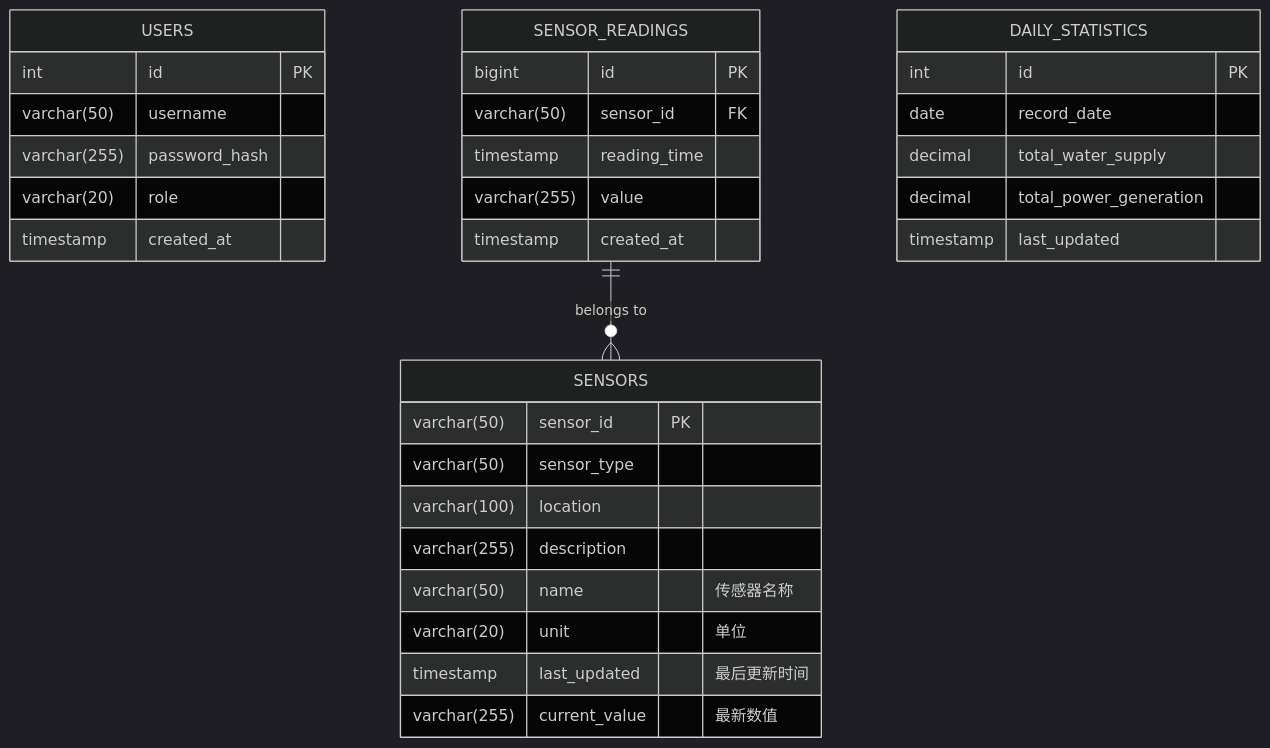
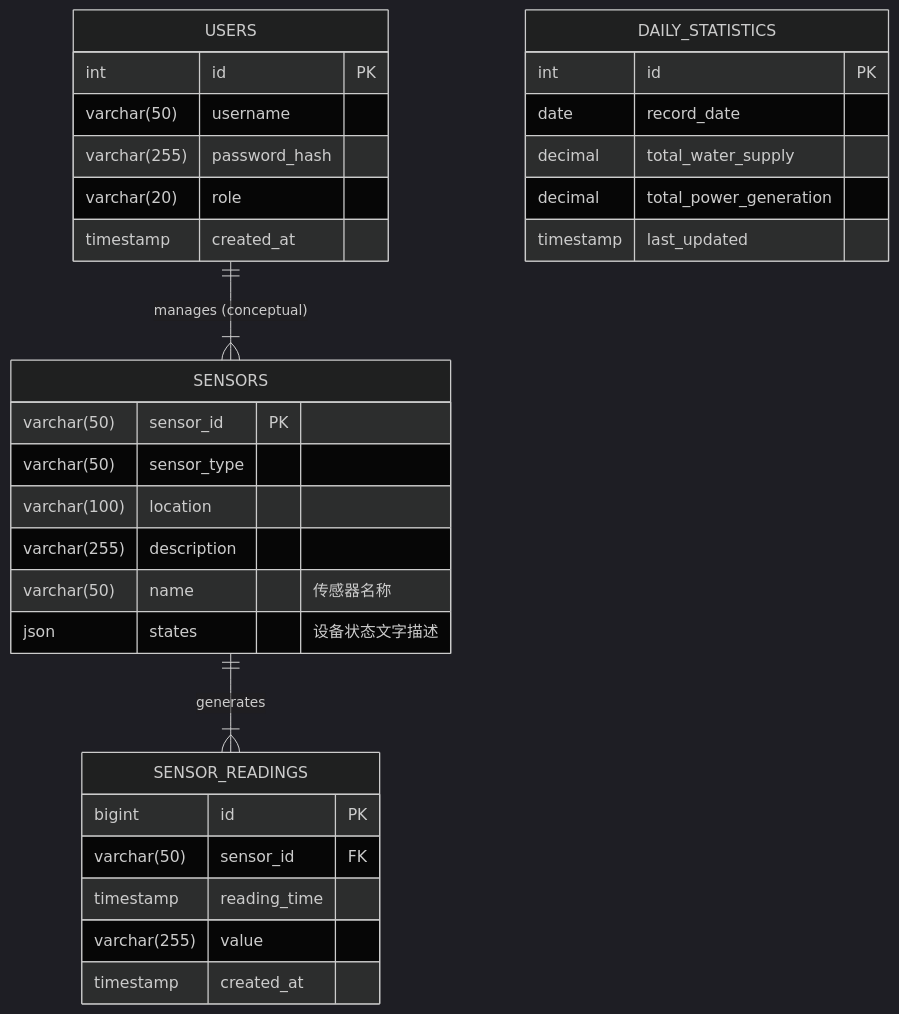
Before and after one commit to Guojin06/IoT_Water_Conservancy_Project: the second of 2 diagrams in WaterConservancyIoT/DATABASE_DESIGN.md, drawn with Mermaid (dark theme). The commit also changed 1 other file, not shown here.

Commit message:
修复(核心): 在MySQL客户端中实现用户认证方法
为MySQLClient类添加了get_user_by_username和create_user方法，以修复因方法缺失导致的登录API崩溃问题。同时更新了数据库设计文档以保持同步。

````diff
--- a/WaterConservancyIoT/DATABASE_DESIGN.md
+++ b/WaterConservancyIoT/DATABASE_DESIGN.md
@@ -140,39 +140,38 @@
 ```mermaid
 erDiagram
     USERS {
         int id PK
         varchar(50) username
         varchar(255) password_hash
         varchar(20) role
         timestamp created_at
     }
 
     SENSORS {
         varchar(50) sensor_id PK
         varchar(50) sensor_type
         varchar(100) location
         varchar(255) description
         varchar(50) name "传感器名称"
-        varchar(20) unit "单位"
-        timestamp last_updated "最后更新时间"
-        varchar(255) current_value "最新数值"
+        json states "设备状态文字描述"
     }
 
     SENSOR_READINGS {
         bigint id PK
         varchar(50) sensor_id FK
         timestamp reading_time
         varchar(255) value
         timestamp created_at
     }
 
     DAILY_STATISTICS {
         int id PK
         date record_date
         decimal total_water_supply
         decimal total_power_generation
         timestamp last_updated
     }
 
-    SENSOR_READINGS ||--o{ SENSORS : "belongs to"
+    SENSORS ||--|{ SENSOR_READINGS : "generates"
+    USERS ||--|{ SENSORS : "manages (conceptual)"
 ```
````
